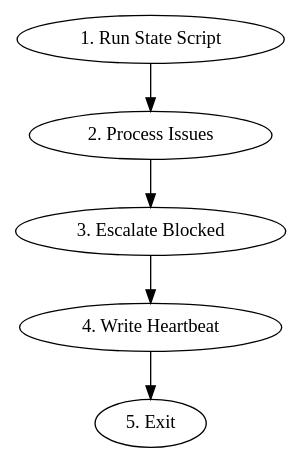
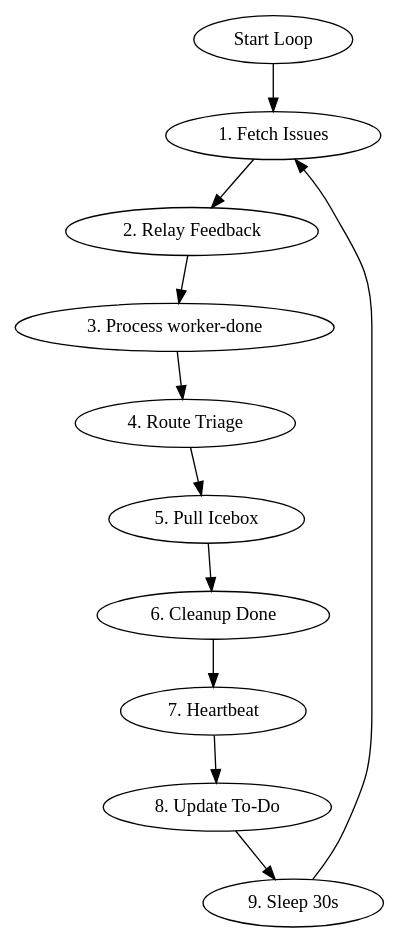
The diagram in skills/legion-controller/SKILL.md (sjawhar/legion), drawn with Graphviz before and after one commit. The commit also changed other lines of this file and 18 other files, not shown here.

````diff
--- a/skills/legion-controller/SKILL.md
+++ b/skills/legion-controller/SKILL.md
@@ -19,13 +26,16 @@
 ```dot
 digraph controller {
     rankdir=TB;
-
-    run_state [label="1. Run State Script"];
-    process [label="2. Process Issues"];
-    escalate [label="3. Escalate Blocked"];
-    heartbeat [label="4. Write Heartbeat"];
-    exit [label="5. Exit"];
-
-    run_state -> process -> escalate -> heartbeat -> exit;
+    start [label="Start Loop"];
+    fetch [label="1. Fetch Issues"];
+    feedback [label="2. Relay Feedback"];
+    worker_done [label="3. Process worker-done"];
+    triage [label="4. Route Triage"];
+    icebox [label="5. Pull Icebox"];
+    cleanup [label="6. Cleanup Done"];
+    heartbeat [label="7. Heartbeat"];
+    todo [label="8. Update To-Do"];
+    sleep [label="9. Sleep 30s"];
+    start -> fetch -> feedback -> worker_done -> triage -> icebox -> cleanup -> heartbeat -> todo -> sleep -> fetch;
 }
 ```
````
